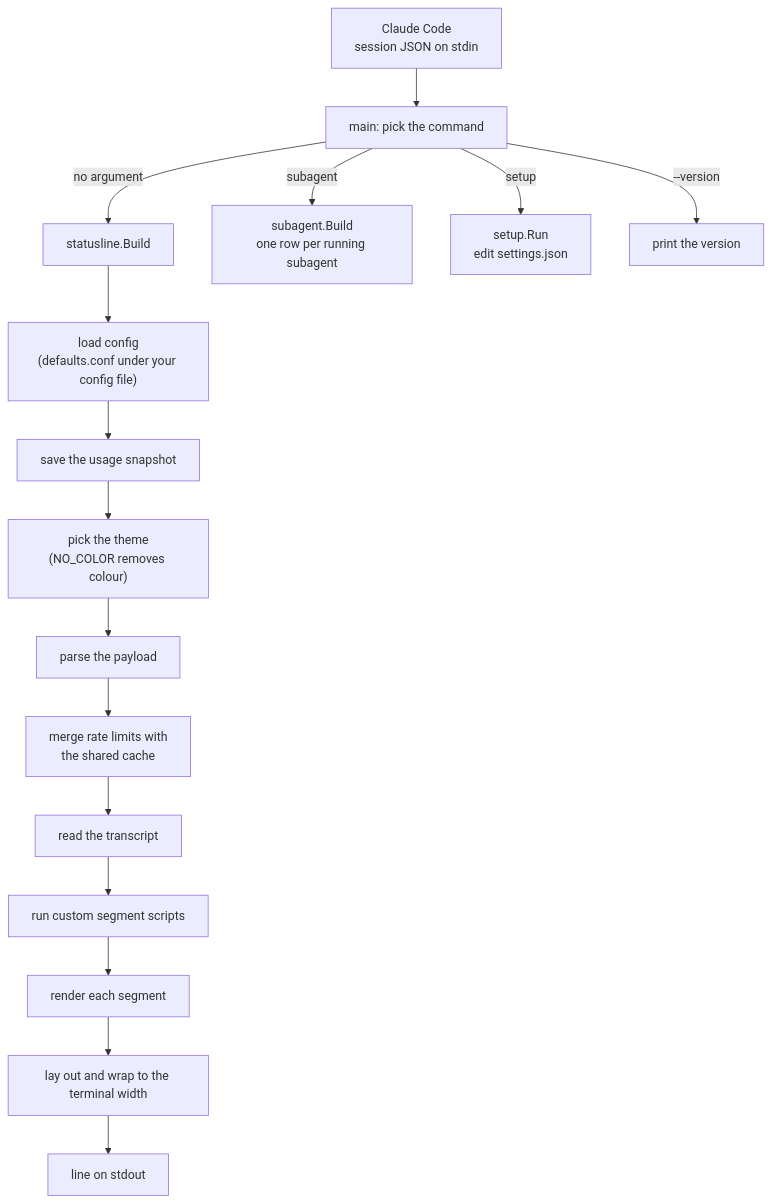
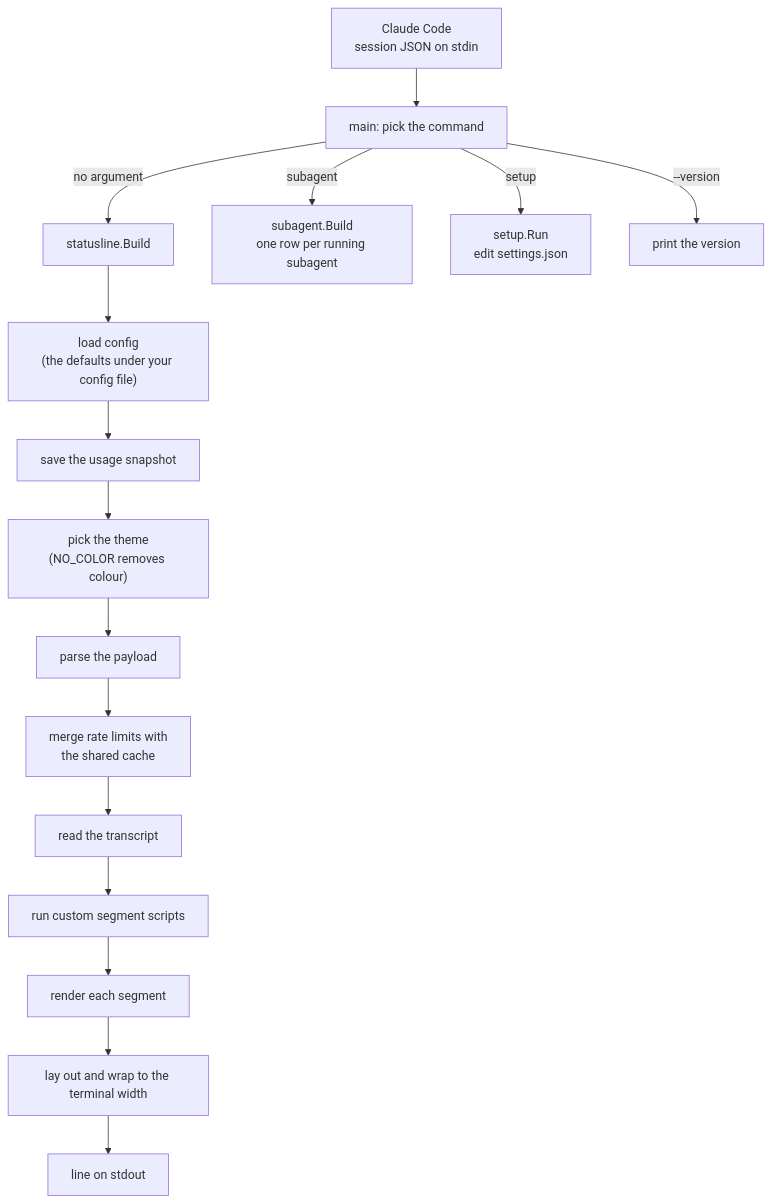
The first of 2 diagrams in docs/how_it_works.md (PaddleHQ/claude-statusline), drawn with Mermaid before and after one commit. The commit also changed other lines of this file and 28 other files, not shown here.

````diff
--- a/docs/how_it_works.md
+++ b/docs/how_it_works.md
@@ -9,18 +9,18 @@
 ```mermaid
 flowchart TD
     CC["Claude Code<br/>session JSON on stdin"] --> M["main: pick the command"]
     M -->|"no argument"| B["statusline.Build"]
     M -->|"subagent"| SA["subagent.Build<br/>one row per running subagent"]
     M -->|"setup"| SU["setup.Run<br/>edit settings.json"]
     M -->|"--version"| V["print the version"]
-    B --> C["load config<br/>(defaults.conf under your config file)"]
+    B --> C["load config<br/>(the defaults under your config file)"]
     C --> SN["save the usage snapshot"]
     SN --> T["pick the theme<br/>(NO_COLOR removes colour)"]
     T --> P["parse the payload"]
     P --> RC["merge rate limits with<br/>the shared cache"]
     RC --> TR["read the transcript"]
     TR --> H["run custom segment scripts"]
     H --> S["render each segment"]
     S --> L["lay out and wrap to the terminal width"]
     L --> OUT["line on stdout"]
 ```
````
